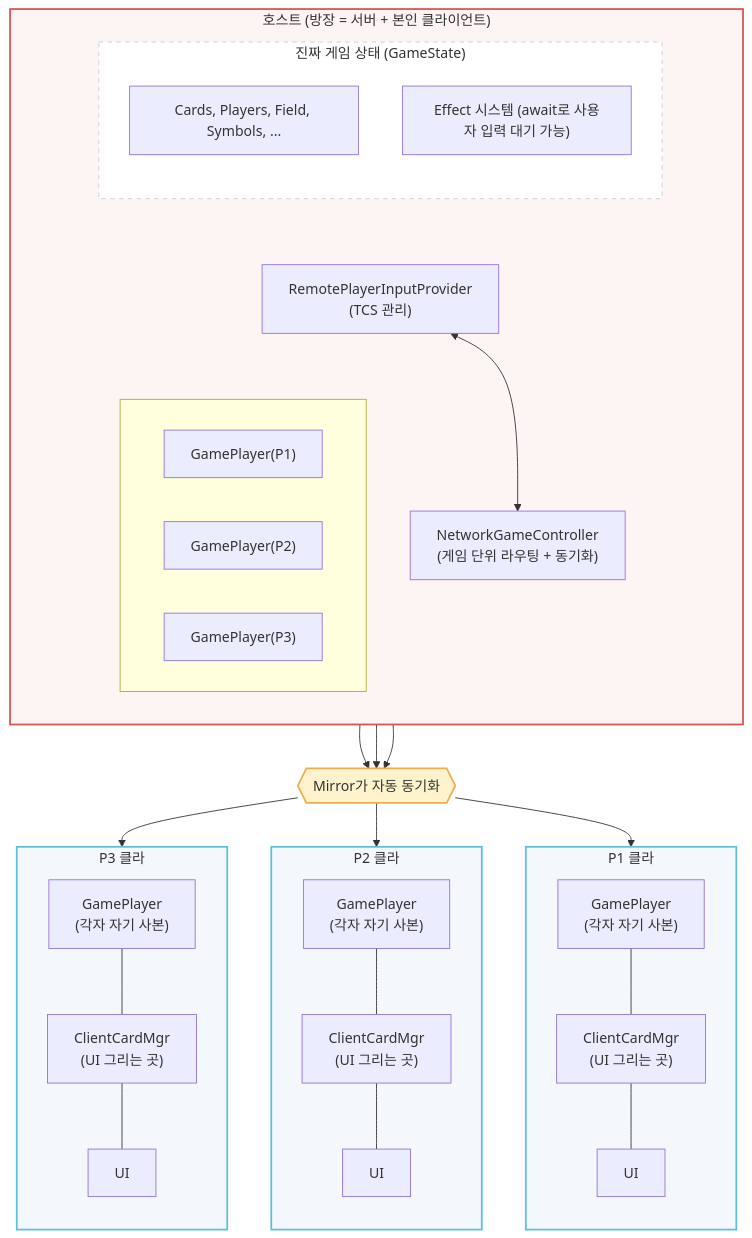
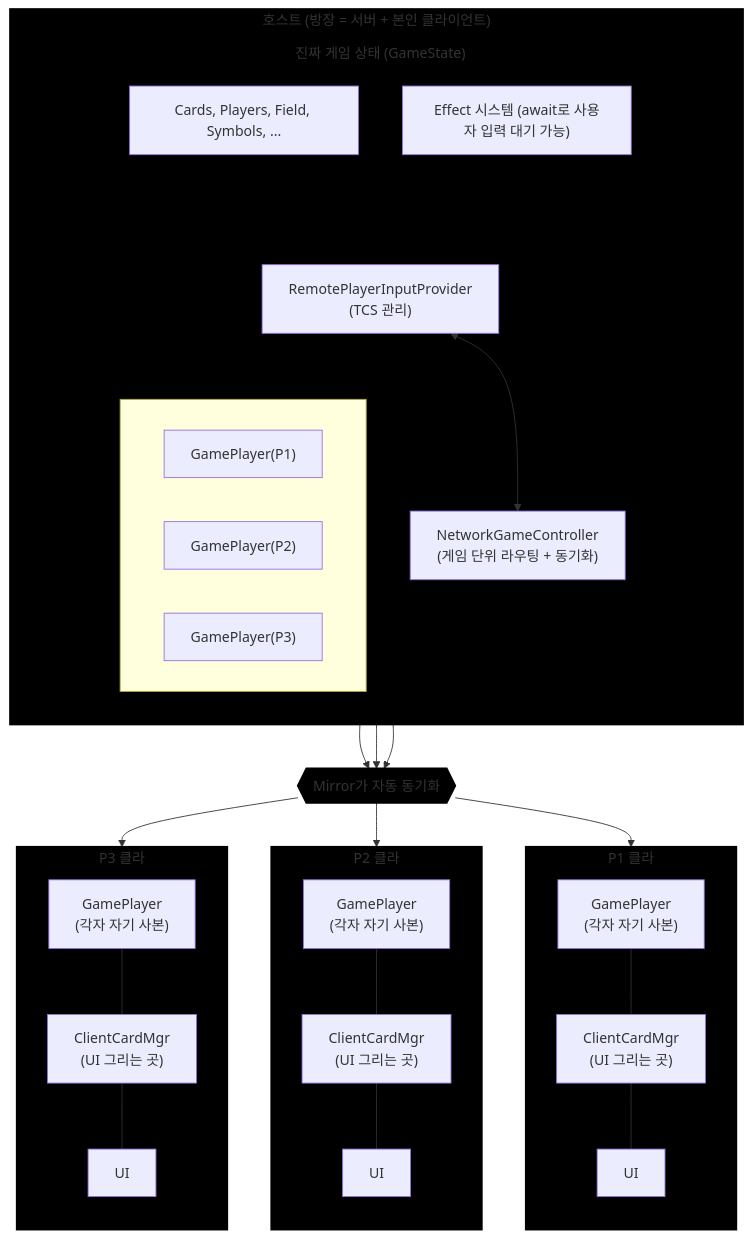
One commit to applejin0105/Cultist_Public changed diagram 11 of 12 in README.md. Above: the diagram before and after it, drawn with Mermaid. The commit also changed other lines of this file, not shown here.

````diff
--- a/README.md
+++ b/README.md
@@ -2506,69 +2506,69 @@
 ```mermaid
 flowchart TD
     subgraph Host ["호스트 (방장 = 서버 + 본인 클라이언트)"]
         direction TB
         subgraph GameState ["진짜 게임 상태 (GameState)"]
             direction TB
             Data["Cards, Players, Field, Symbols, ..."]
             Effect["Effect 시스템 (await로 사용자 입력 대기 가능)"]
         end
 
         InputProvider["RemotePlayerInputProvider\n(TCS 관리)"] <--> Controller["NetworkGameController\n(게임 단위 라우팅 + 동기화)"]
 
         GameState ~~~ InputProvider
 
         subgraph HostPlayers [" "]
             direction LR
             HP1["GamePlayer(P1)"]
             HP2["GamePlayer(P2)"]
             HP3["GamePlayer(P3)"]
         end
         
         InputProvider ~~~ HostPlayers
     end
 
     Mirror{{"Mirror가 자동 동기화"}}
 
     HP1 --> Mirror
     HP2 --> Mirror
     HP3 --> Mirror
 
     subgraph Client1 ["P1 클라"]
         direction TB
         C1_GP["GamePlayer\n(각자 자기 사본)"]
         C1_CM["ClientCardMgr\n(UI 그리는 곳)"]
         C1_UI["UI"]
         C1_GP --- C1_CM --- C1_UI
     end
 
     subgraph Client2 ["P2 클라"]
         direction TB
         C2_GP["GamePlayer\n(각자 자기 사본)"]
         C2_CM["ClientCardMgr\n(UI 그리는 곳)"]
         C2_UI["UI"]
         C2_GP --- C2_CM --- C2_UI
     end
 
     subgraph Client3 ["P3 클라"]
         direction TB
         C3_GP["GamePlayer\n(각자 자기 사본)"]
         C3_CM["ClientCardMgr\n(UI 그리는 곳)"]
         C3_UI["UI"]
         C3_GP --- C3_CM --- C3_UI
     end
 
     Mirror --> C1_GP
     Mirror --> C2_GP
     Mirror --> C3_GP
 
     %% 스타일링
-    classDef host fill:#fdf4f4,stroke:#d9534f,stroke-width:2px;
-    classDef client fill:#f4f8fd,stroke:#5bc0de,stroke-width:2px;
-    classDef state fill:#fff,stroke:#ccc,stroke-dasharray: 5 5;
-    classDef mirror fill:#fff3cd,stroke:#f0ad4e,stroke-width:2px;
+    classDef host fill:#000000,stroke:#000000,stroke-width:2px;
+    classDef client fill:#000000,stroke:#000000,stroke-width:2px;
+    classDef state fill:#000000,stroke:#000000,stroke-dasharray: 5 5;
+    classDef mirror fill:#000000,stroke:#000000,stroke-width:2px;
 
     class Host host;
     class Client1,Client2,Client3 client;
     class GameState state;
     class Mirror mirror;
 ```
````
